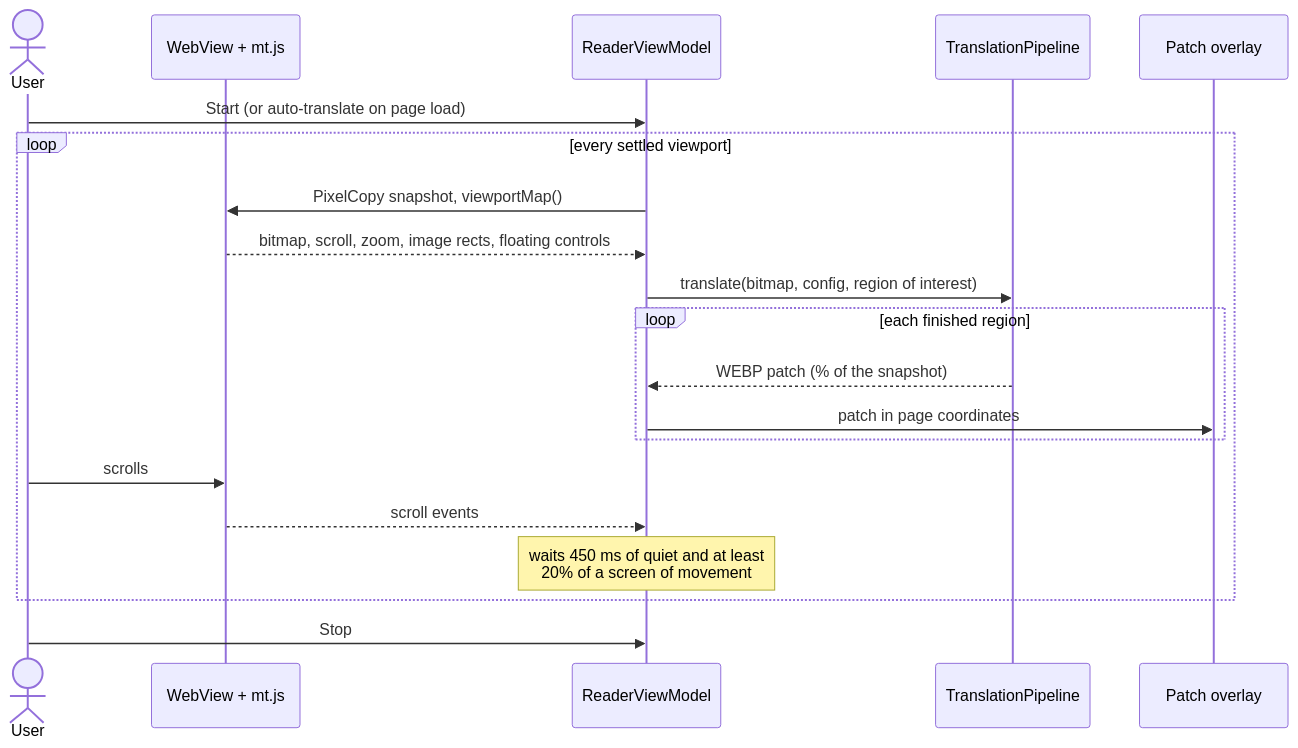
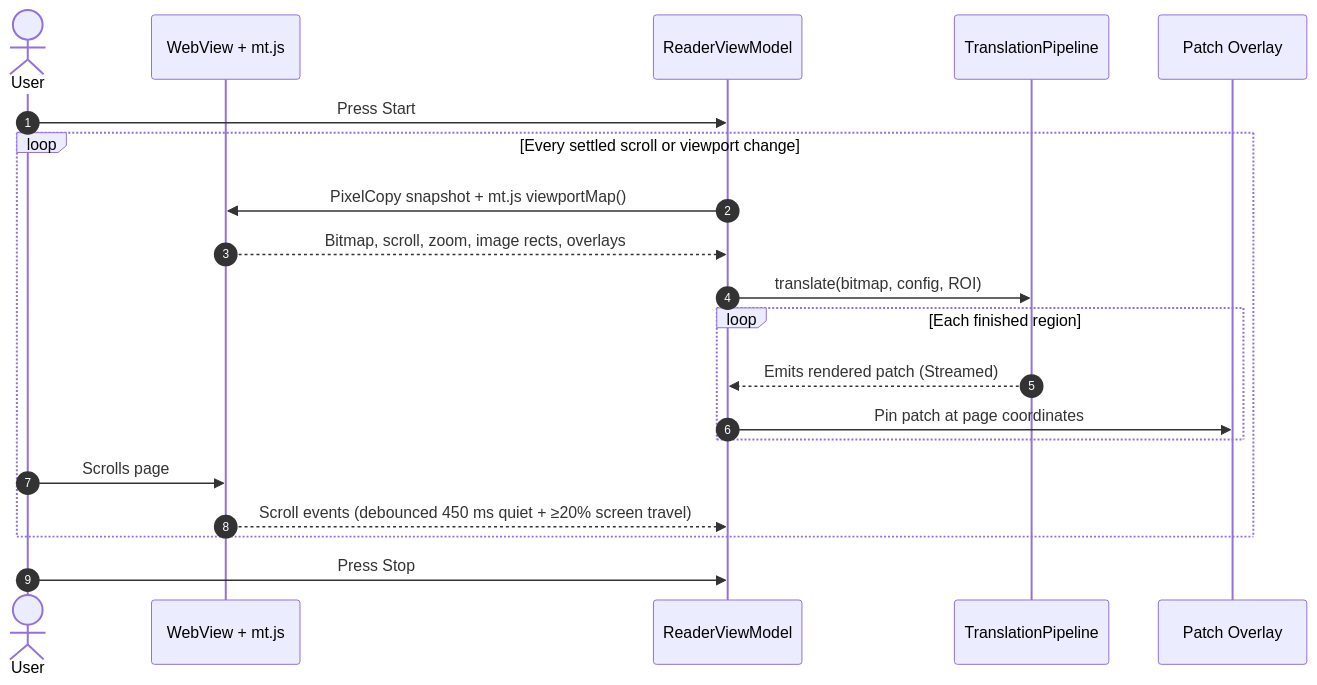
One commit to smnexstudio/Panelglass changed the first of 2 diagrams in docs/FLOW.md. Above: the diagram before and after it, drawn with Mermaid. The commit also changed other lines of this file and 39 other files, not shown here.

````diff
--- a/docs/FLOW.md
+++ b/docs/FLOW.md
@@ -22,23 +28,23 @@
 ```mermaid
 sequenceDiagram
+    autonumber
     actor User
     participant WV as WebView + mt.js
     participant VM as ReaderViewModel
     participant TP as TranslationPipeline
-    participant OV as Patch overlay
+    participant OV as Patch Overlay
 
-    User->>VM: Start (or auto-translate on page load)
-    loop every settled viewport
-        VM->>WV: PixelCopy snapshot, viewportMap()
-        WV-->>VM: bitmap, scroll, zoom, image rects, floating controls
-        VM->>TP: translate(bitmap, config, region of interest)
-        loop each finished region
-            TP-->>VM: WEBP patch (% of the snapshot)
-            VM->>OV: patch in page coordinates
+    User->>VM: Press Start
+    loop Every settled scroll or viewport change
+        VM->>WV: PixelCopy snapshot + mt.js viewportMap()
+        WV-->>VM: Bitmap, scroll, zoom, image rects, overlays
+        VM->>TP: translate(bitmap, config, ROI)
+        loop Each finished region
+            TP-->>VM: Emits rendered patch (Streamed)
+            VM->>OV: Pin patch at page coordinates
         end
-        User->>WV: scrolls
-        WV-->>VM: scroll events
-        Note over VM: waits 450 ms of quiet and at least<br/>20% of a screen of movement
+        User->>WV: Scrolls page
+        WV-->>VM: Scroll events (debounced 450 ms quiet + ≥20% screen travel)
     end
-    User->>VM: Stop
+    User->>VM: Press Stop
 ```
````
